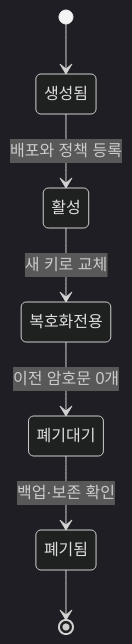
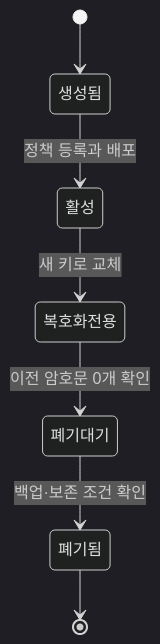
Before and after one commit to mj006648/netai-devsecops-runbook: the diagram in learning/security-cryptography/03-randomness-keys-and-encoding.md, drawn with Mermaid (dark theme). The commit also changed other lines of this file and 55 other files, not shown here.

````diff
--- a/learning/security-cryptography/03-randomness-keys-and-encoding.md
+++ b/learning/security-cryptography/03-randomness-keys-and-encoding.md
@@ -55,9 +65,9 @@
 ```mermaid
 stateDiagram-v2
     [*] --> 생성됨
-    생성됨 --> 활성: 배포와 정책 등록
+    생성됨 --> 활성: 정책 등록과 배포
     활성 --> 복호화전용: 새 키로 교체
-    복호화전용 --> 폐기대기: 이전 암호문 0개
-    폐기대기 --> 폐기됨: 백업·보존 확인
+    복호화전용 --> 폐기대기: 이전 암호문 0개 확인
+    폐기대기 --> 폐기됨: 백업·보존 조건 확인
     폐기됨 --> [*]
 ```
````
